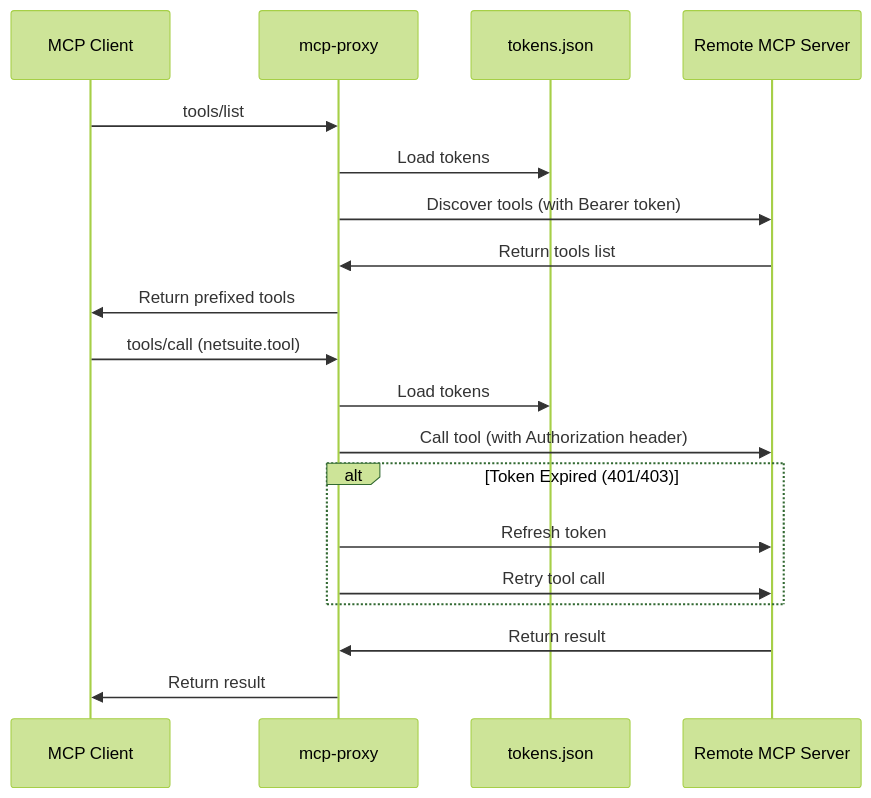
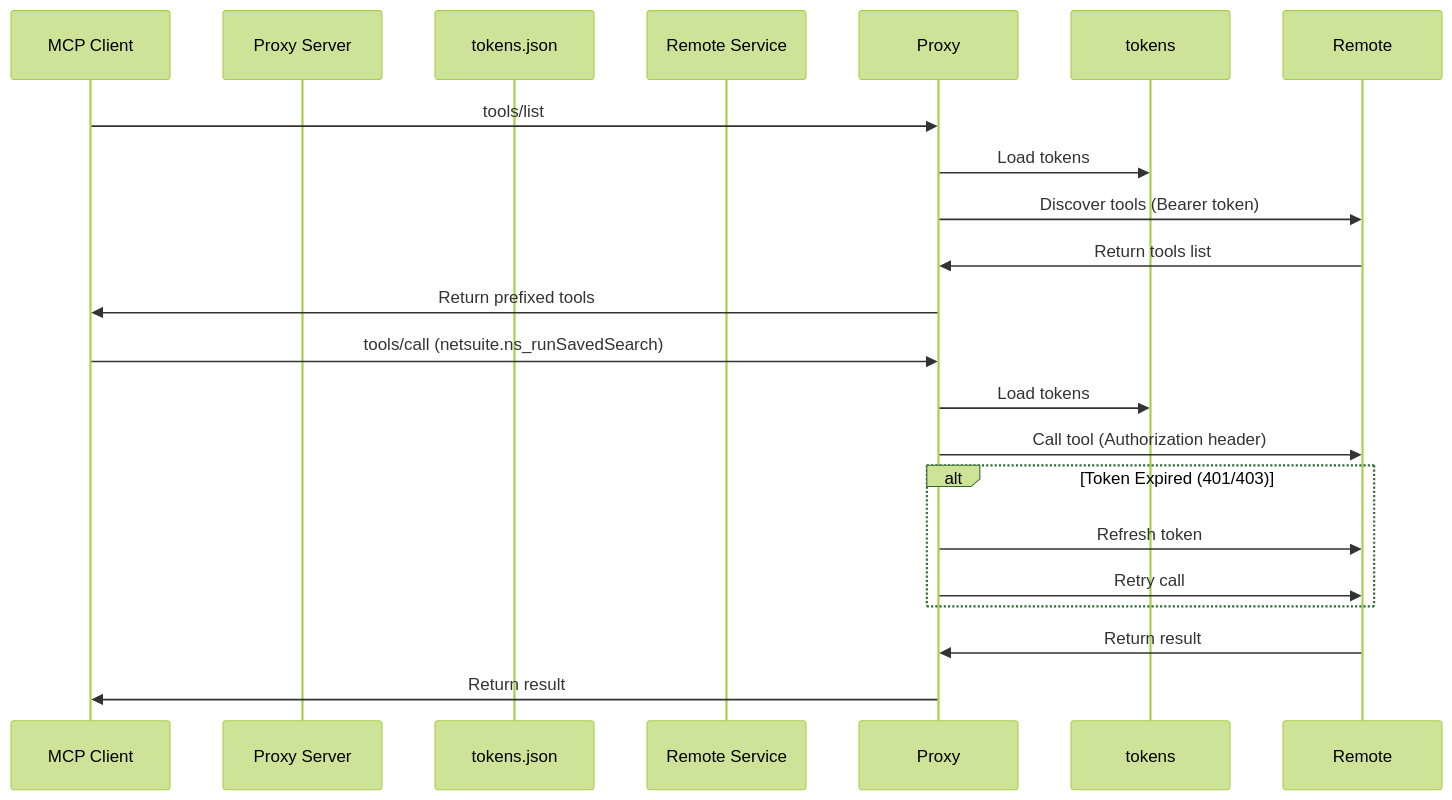
Before and after one commit to ShellOliver/oauth-mcp-proxy: the first of 2 diagrams in README.md, drawn with Mermaid (forest theme). The commit also changed other lines of this file and 11 other files, not shown here.

First line of the commit message:
refactor: Rename project to oauth-mcp-proxy and update configuration

````diff
--- a/README.md
+++ b/README.md
@@ -53,23 +185,23 @@
 ```mermaid
 sequenceDiagram
     participant MCP Client
-    participant mcp-proxy
+    participant Proxy Server
     participant tokens.json
-    participant Remote MCP Server
+    participant Remote Service
 
-    MCP Client->>mcp-proxy: tools/list
-    mcp-proxy->>tokens.json: Load tokens
-    mcp-proxy->>Remote MCP Server: Discover tools (with Bearer token)
-    Remote MCP Server->>mcp-proxy: Return tools list
-    mcp-proxy->>MCP Client: Return prefixed tools
+    MCP Client->>Proxy: tools/list
+    Proxy->>tokens: Load tokens
+    Proxy->>Remote: Discover tools (Bearer token)
+    Remote->>Proxy: Return tools list
+    Proxy->>MCP Client: Return prefixed tools
     
-    MCP Client->>mcp-proxy: tools/call (netsuite.tool)
-    mcp-proxy->>tokens.json: Load tokens
-    mcp-proxy->>Remote MCP Server: Call tool (with Authorization header)
+    MCP Client->>Proxy: tools/call (netsuite.ns_runSavedSearch)
+    Proxy->>tokens: Load tokens
+    Proxy->>Remote: Call tool (Authorization header)
     alt Token Expired (401/403)
-        mcp-proxy->>Remote MCP Server: Refresh token
-        mcp-proxy->>Remote MCP Server: Retry tool call
+        Proxy->>Remote: Refresh token
+        Proxy->>Remote: Retry call
     end
-    Remote MCP Server->>mcp-proxy: Return result
-    mcp-proxy->>MCP Client: Return result
+    Remote->>Proxy: Return result
+    Proxy->>MCP Client: Return result
 ```
````
